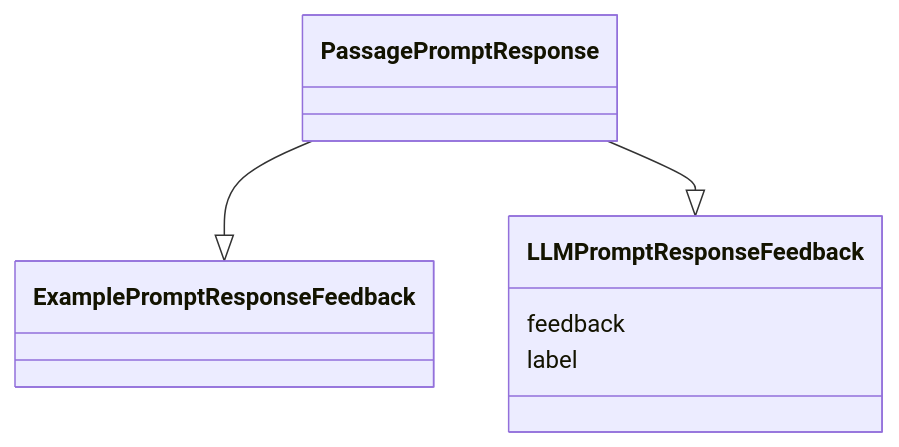
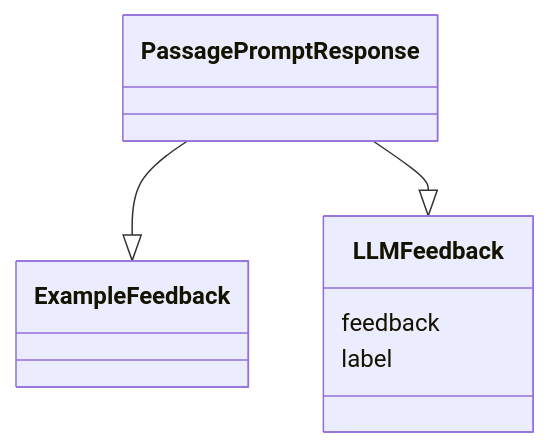
The third of 3 diagrams in services/QuillLMS/engines/evidence/app/models/evidence/research/readme.md (empirical-org/Empirical-Core), drawn with Mermaid before and after one commit. The commit also changed other lines of this file and 25 other files, not shown here.

````diff
--- a/services/QuillLMS/engines/evidence/app/models/evidence/research/readme.md
+++ b/services/QuillLMS/engines/evidence/app/models/evidence/research/readme.md
@@ -61,13 +61,13 @@
 ```mermaid
 classDiagram
     class PassagePromptResponse {
     }
-    class ExamplePromptResponseFeedback {
+    class ExampleFeedback {
     }
-    class LLMPromptResponseFeedback {
+    class LLMFeedback {
         feedback
         label
     }
-    PassagePromptResponse --|> ExamplePromptResponseFeedback
-    PassagePromptResponse --|> LLMPromptResponseFeedback
+    PassagePromptResponse --|> ExampleFeedback
+    PassagePromptResponse --|> LLMFeedback
 ```
````
